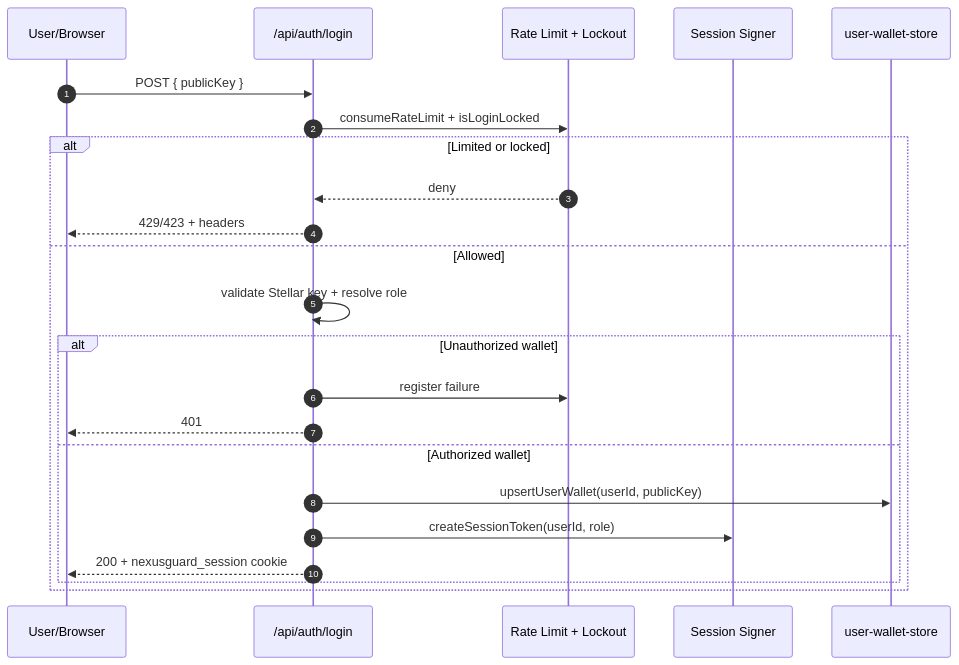
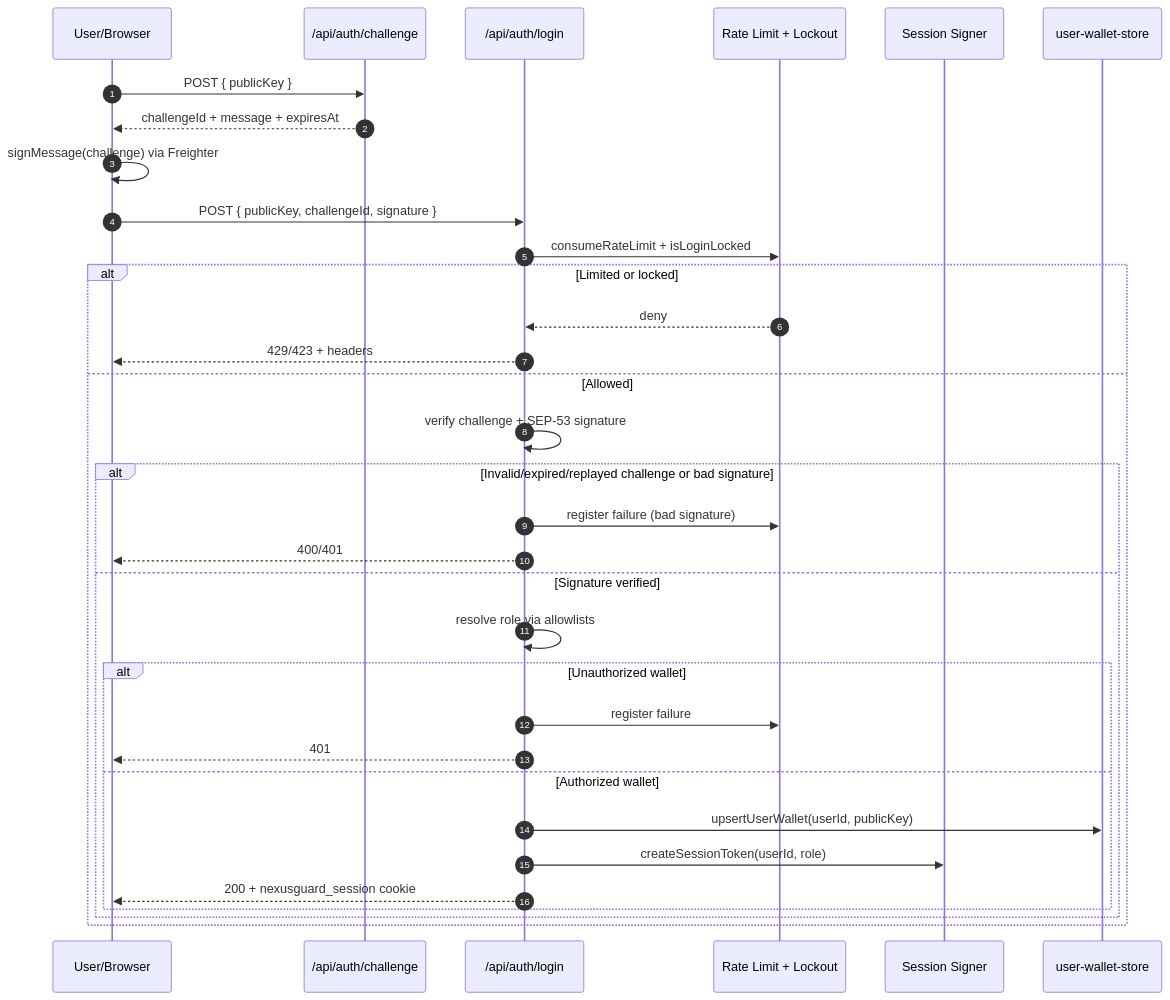
Before and after one commit to Nexusopen-source/nexusguard: the third of 6 diagrams in ARCHITECTURE.md, drawn with Mermaid. The commit also changed other lines of this file and 11 other files, not shown here.

First line of the commit message:
feat(auth): add wallet challenge-signature login (#25)

````diff
--- a/ARCHITECTURE.md
+++ b/ARCHITECTURE.md
@@ -125,26 +125,36 @@
 ```mermaid
 sequenceDiagram
   autonumber
   participant U as User/Browser
+  participant CH as /api/auth/challenge
   participant API as /api/auth/login
   participant RL as Rate Limit + Lockout
   participant AUTH as Session Signer
   participant UW as user-wallet-store
 
-  U->>API: POST { publicKey }
+  U->>CH: POST { publicKey }
+  CH-->>U: challengeId + message + expiresAt
+  U->>U: signMessage(challenge) via Freighter
+  U->>API: POST { publicKey, challengeId, signature }
   API->>RL: consumeRateLimit + isLoginLocked
   alt Limited or locked
     RL-->>API: deny
     API-->>U: 429/423 + headers
   else Allowed
-    API->>API: validate Stellar key + resolve role
-    alt Unauthorized wallet
-      API->>RL: register failure
-      API-->>U: 401
-    else Authorized wallet
-      API->>UW: upsertUserWallet(userId, publicKey)
-      API->>AUTH: createSessionToken(userId, role)
-      API-->>U: 200 + nexusguard_session cookie
+    API->>API: verify challenge + SEP-53 signature
+    alt Invalid/expired/replayed challenge or bad signature
+      API->>RL: register failure (bad signature)
+      API-->>U: 400/401
+    else Signature verified
+      API->>API: resolve role via allowlists
+      alt Unauthorized wallet
+        API->>RL: register failure
+        API-->>U: 401
+      else Authorized wallet
+        API->>UW: upsertUserWallet(userId, publicKey)
+        API->>AUTH: createSessionToken(userId, role)
+        API-->>U: 200 + nexusguard_session cookie
+      end
     end
   end
 ```
````
